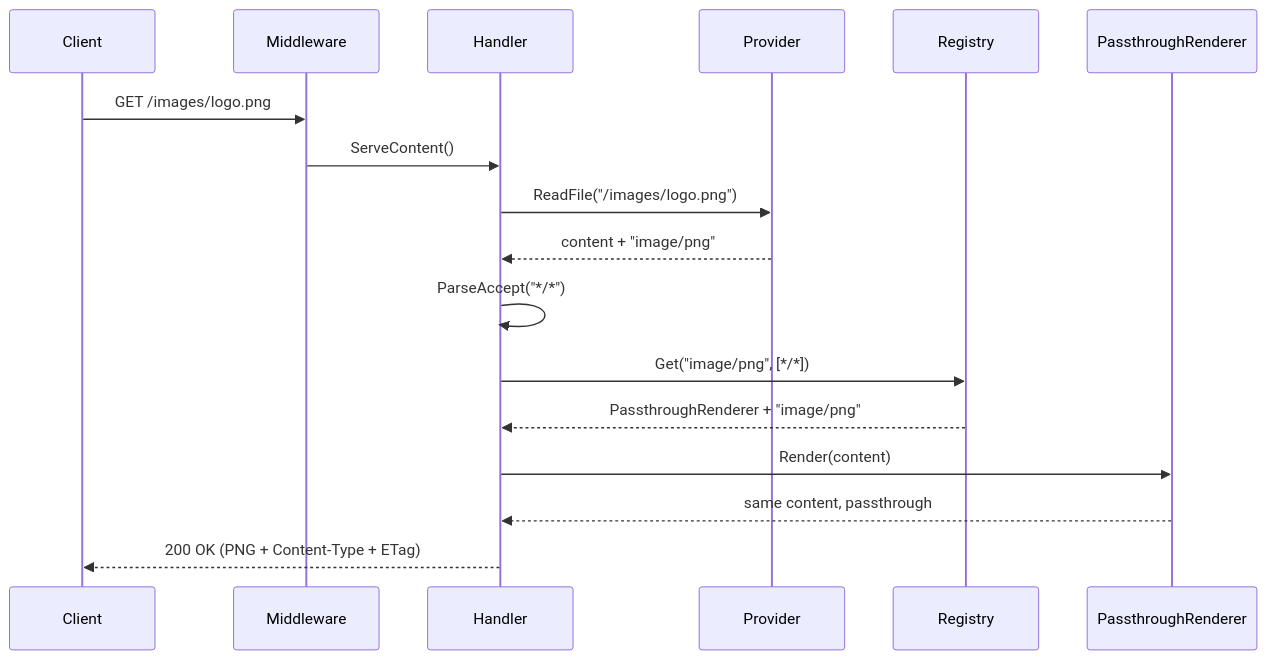
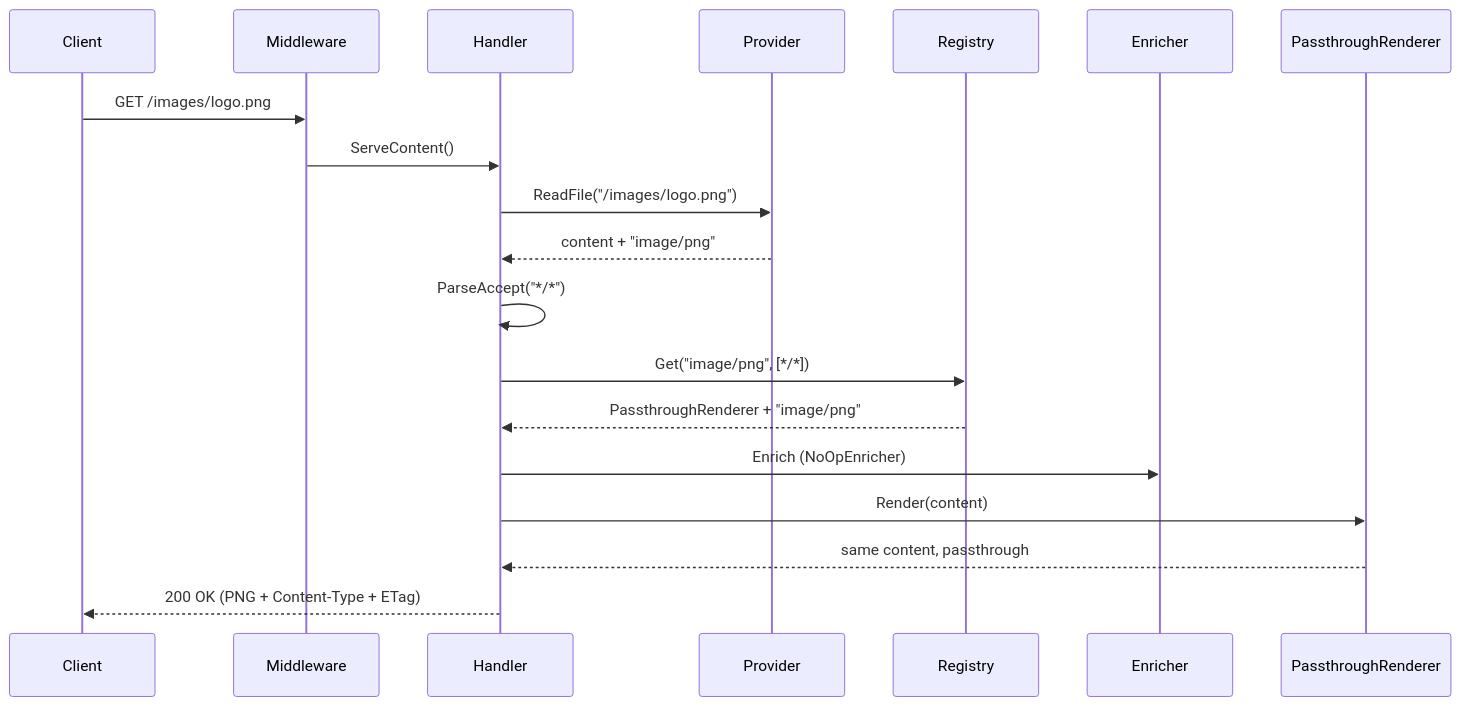
One commit to monolithiclab/gomddoc changed the third of 3 diagrams in docs/architecture.md. Above: the diagram before and after it, drawn with Mermaid. The commit also changed other lines of this file and 7 other files, not shown here.

Commit message:
docs: bring architecture, decisions, roadmap, README and CLAUDE.md up to date

````diff
--- a/docs/architecture.md
+++ b/docs/architecture.md
@@ -718,20 +906,22 @@
 ```mermaid
 sequenceDiagram
     participant C as Client
     participant M as Middleware
     participant H as Handler
     participant P as Provider
     participant Reg as Registry
+    participant EN as Enricher
     participant R as PassthroughRenderer
 
     C->>M: GET /images/logo.png
     M->>H: ServeContent()
     H->>P: ReadFile("/images/logo.png")
     P-->>H: content + "image/png"
     H->>H: ParseAccept("*/*")
     H->>Reg: Get("image/png", [*/*])
     Reg-->>H: PassthroughRenderer + "image/png"
+    H->>EN: Enrich (NoOpEnricher)
     H->>R: Render(content)
     R-->>H: same content, passthrough
     H-->>C: 200 OK (PNG + Content-Type + ETag)
 ```
````
